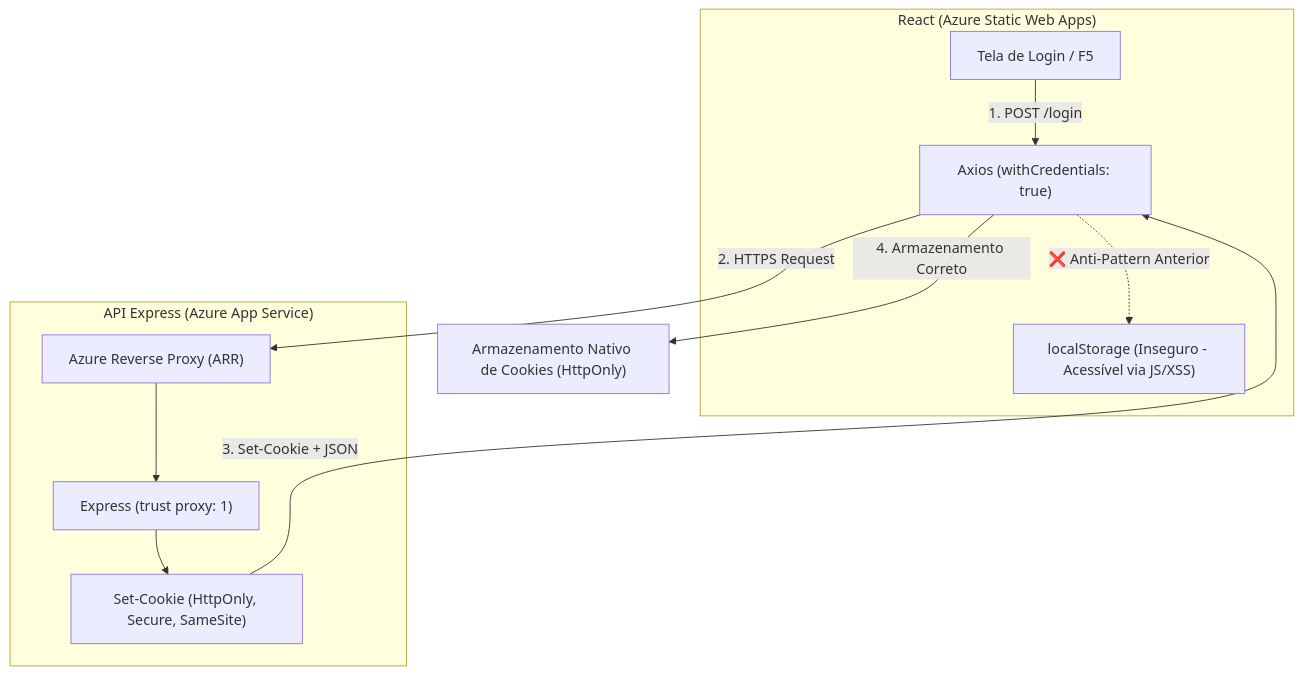
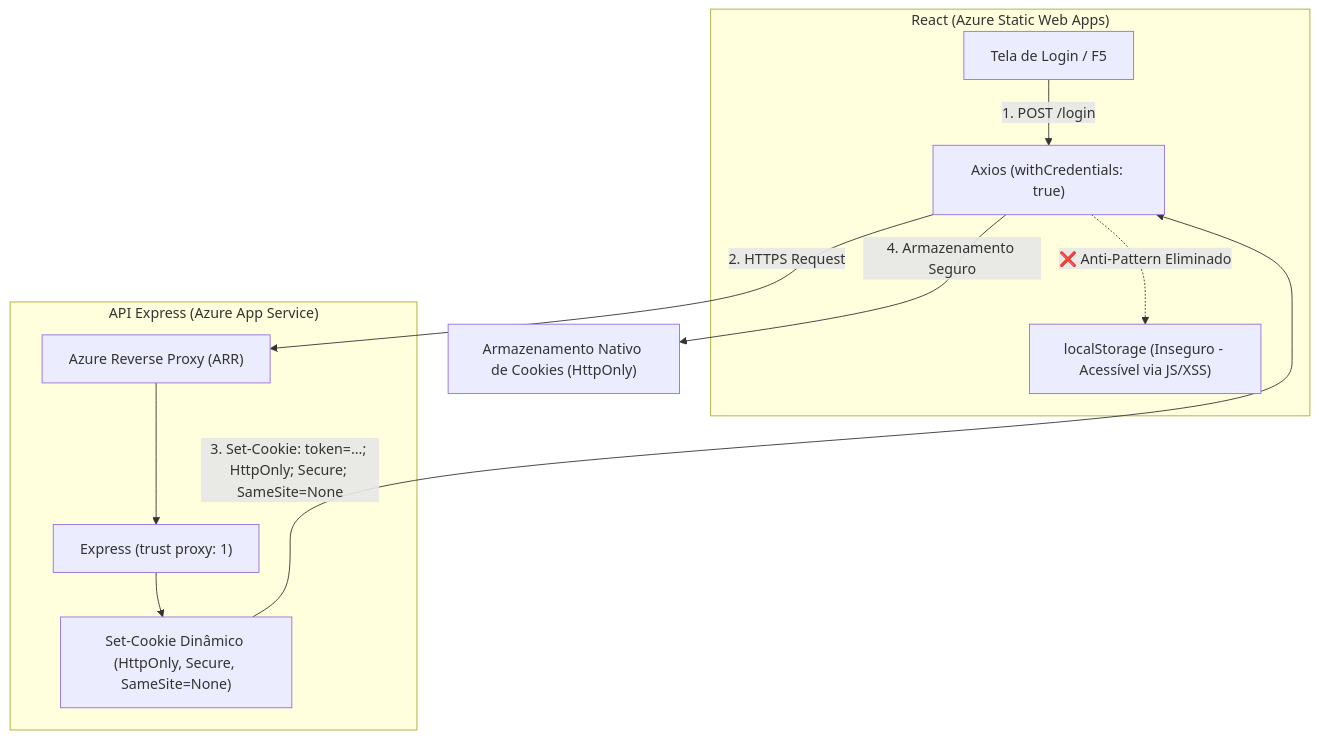
One commit to diogofragoso/React-App changed the first of 2 diagrams in docs/GUIA-DEPLOY-AZURE-COOKIES.md. Above: the diagram before and after it, drawn with Mermaid. The commit also changed other lines of this file and 1 other file, not shown here.

Commit message:
docs(auth): detail root causes of cookie rejection in Azure and add storage security tests

````diff
--- a/docs/GUIA-DEPLOY-AZURE-COOKIES.md
+++ b/docs/GUIA-DEPLOY-AZURE-COOKIES.md
@@ -23,22 +23,22 @@
 ```mermaid
 flowchart TD
     subgraph Frontend["React (Azure Static Web Apps)"]
         UI["Tela de Login / F5"]
         LS["localStorage (Inseguro - Acessível via JS/XSS)"]
         Axios["Axios (withCredentials: true)"]
     end
 
     subgraph Backend["API Express (Azure App Service)"]
         Proxy["Azure Reverse Proxy (ARR)"]
         App["Express (trust proxy: 1)"]
-        CookieEngine["Set-Cookie (HttpOnly, Secure, SameSite)"]
+        CookieEngine["Set-Cookie Dinâmico (HttpOnly, Secure, SameSite=None)"]
     end
 
     UI -->|"1. POST /login"| Axios
     Axios -->|"2. HTTPS Request"| Proxy
     Proxy --> App
     App --> CookieEngine
-    CookieEngine -->|"3. Set-Cookie + JSON"| Axios
-    Axios -->|"4. Armazenamento Correto"| Navegador["Armazenamento Nativo de Cookies (HttpOnly)"]
-    Axios -.->|"❌ Anti-Pattern Anterior"| LS
+    CookieEngine -->|"3. Set-Cookie: token=...; HttpOnly; Secure; SameSite=None"| Axios
+    Axios -->|"4. Armazenamento Seguro"| Navegador["Armazenamento Nativo de Cookies (HttpOnly)"]
+    Axios -.->|"❌ Anti-Pattern Eliminado"| LS
 ```
````
